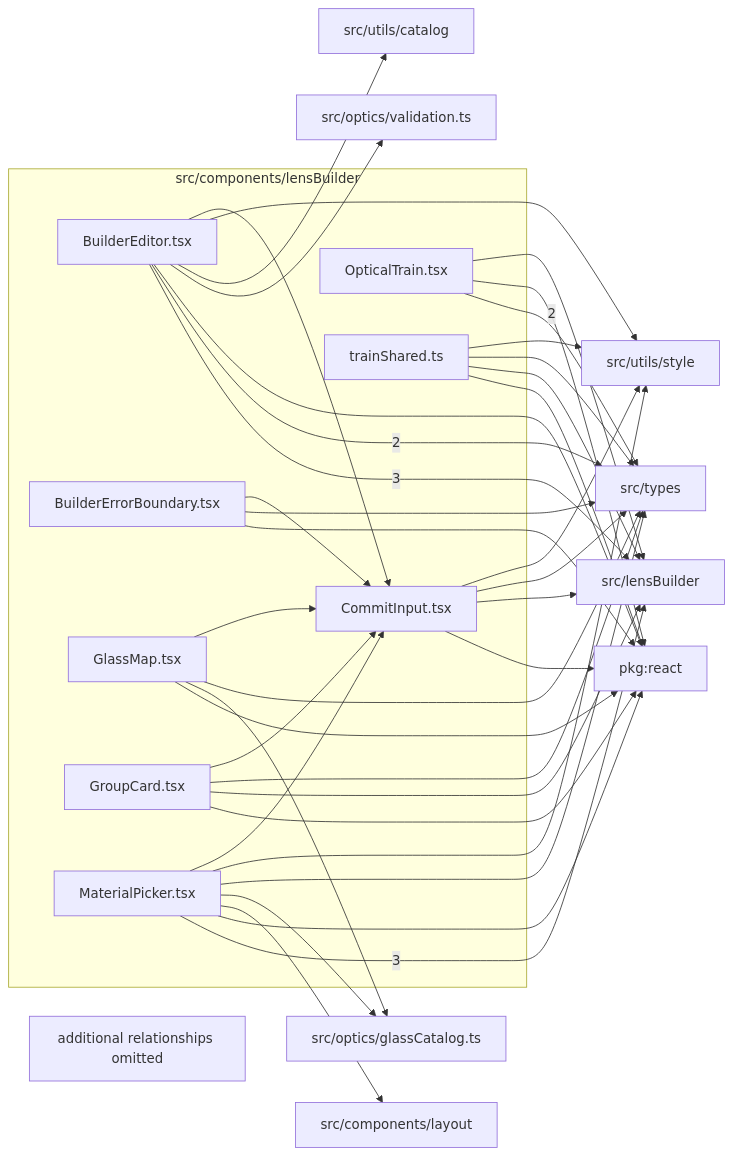
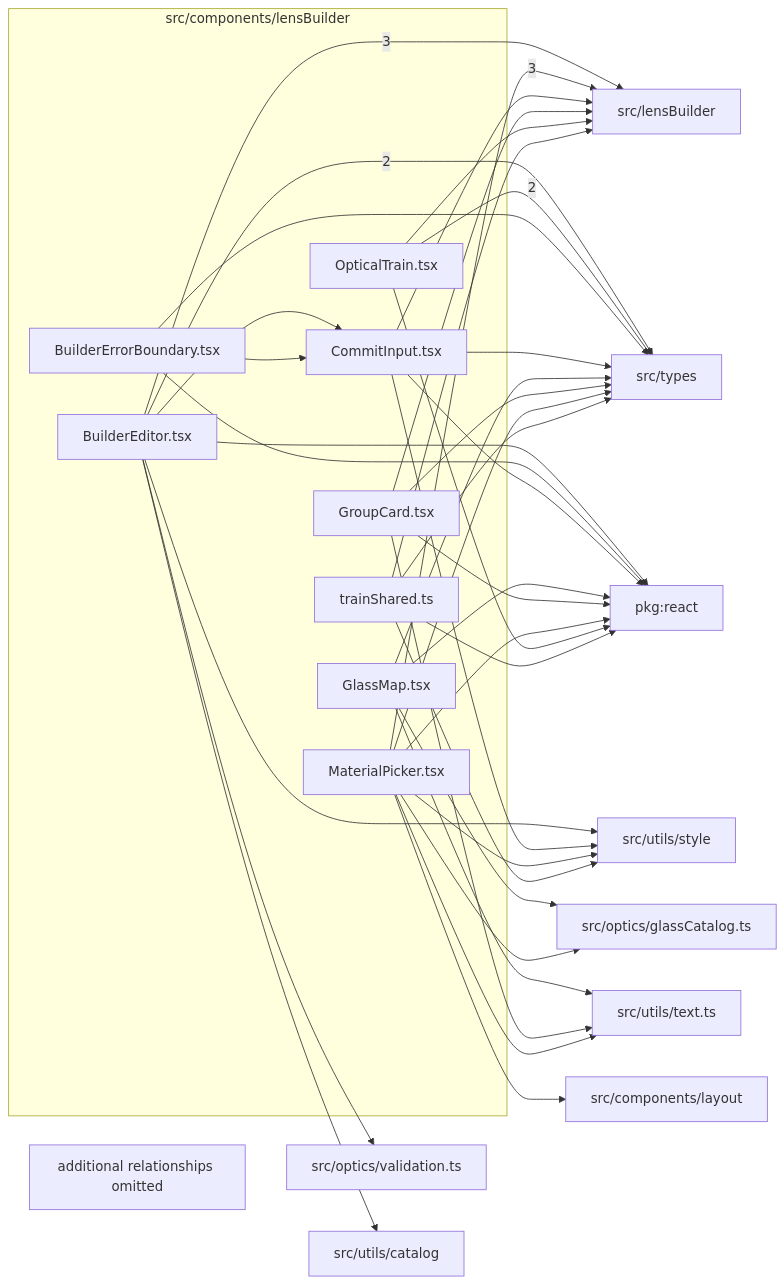
The diagram in src/components/lensBuilder/readme.md (ronbuening/LensVisualizer), drawn with Mermaid before and after one commit. The commit also changed other lines of this file and 134 other files, not shown here.

Commit message:
Fix translated text updates in lens views and analysis drawers (#769)

````diff
--- a/src/components/lensBuilder/readme.md
+++ b/src/components/lensBuilder/readme.md
@@ -9,58 +9,59 @@
 ```mermaid
 flowchart LR
   subgraph n_src_components_lensBuilder["src/components/lensBuilder"]
     n_src_components_lensBuilder_src_components_lensBuilder_BuilderEditor_tsx["BuilderEditor.tsx"]
     n_src_components_lensBuilder_src_components_lensBuilder_BuilderErrorBoundary_tsx["BuilderErrorBoundary.tsx"]
     n_src_components_lensBuilder_src_components_lensBuilder_CommitInput_tsx["CommitInput.tsx"]
     n_src_components_lensBuilder_src_components_lensBuilder_GlassMap_tsx["GlassMap.tsx"]
     n_src_components_lensBuilder_src_components_lensBuilder_GroupCard_tsx["GroupCard.tsx"]
     n_src_components_lensBuilder_src_components_lensBuilder_MaterialPicker_tsx["MaterialPicker.tsx"]
     n_src_components_lensBuilder_src_components_lensBuilder_OpticalTrain_tsx["OpticalTrain.tsx"]
     n_src_components_lensBuilder_src_components_lensBuilder_trainShared_ts["trainShared.ts"]
   end
   n_external_src_lensBuilder["src/lensBuilder"]
   n_external_src_types["src/types"]
   n_external_pkg_react["pkg:react"]
   n_external_src_components_layout["src/components/layout"]
   n_external_src_optics_glassCatalog_ts["src/optics/glassCatalog.ts"]
   n_external_src_optics_validation_ts["src/optics/validation.ts"]
   n_external_src_utils_catalog["src/utils/catalog"]
   n_external_src_utils_style["src/utils/style"]
+  n_external_src_utils_text_ts["src/utils/text.ts"]
   n_src_components_lensBuilder_src_components_lensBuilder_BuilderEditor_tsx --> |3| n_external_src_lensBuilder
   n_src_components_lensBuilder_src_components_lensBuilder_MaterialPicker_tsx --> |3| n_external_src_lensBuilder
   n_src_components_lensBuilder_src_components_lensBuilder_BuilderEditor_tsx --> |2| n_external_src_types
   n_src_components_lensBuilder_src_components_lensBuilder_OpticalTrain_tsx --> |2| n_external_src_types
   n_src_components_lensBuilder_src_components_lensBuilder_BuilderEditor_tsx --> n_external_pkg_react
   n_src_components_lensBuilder_src_components_lensBuilder_BuilderErrorBoundary_tsx --> n_external_pkg_react
   n_src_components_lensBuilder_src_components_lensBuilder_CommitInput_tsx --> n_external_pkg_react
   n_src_components_lensBuilder_src_components_lensBuilder_GlassMap_tsx --> n_external_pkg_react
   n_src_components_lensBuilder_src_components_lensBuilder_GroupCard_tsx --> n_external_pkg_react
   n_src_components_lensBuilder_src_components_lensBuilder_MaterialPicker_tsx --> n_external_pkg_react
   n_src_components_lensBuilder_src_components_lensBuilder_OpticalTrain_tsx --> n_external_pkg_react
   n_src_components_lensBuilder_src_components_lensBuilder_trainShared_ts --> n_external_pkg_react
   n_src_components_lensBuilder_src_components_lensBuilder_MaterialPicker_tsx --> n_external_src_components_layout
   n_src_components_lensBuilder_src_components_lensBuilder_CommitInput_tsx --> n_external_src_lensBuilder
   n_src_components_lensBuilder_src_components_lensBuilder_GroupCard_tsx --> n_external_src_lensBuilder
   n_src_components_lensBuilder_src_components_lensBuilder_OpticalTrain_tsx --> n_external_src_lensBuilder
   n_src_components_lensBuilder_src_components_lensBuilder_trainShared_ts --> n_external_src_lensBuilder
   n_src_components_lensBuilder_src_components_lensBuilder_GlassMap_tsx --> n_external_src_optics_glassCatalog_ts
   n_src_components_lensBuilder_src_components_lensBuilder_MaterialPicker_tsx --> n_external_src_optics_glassCatalog_ts
   n_src_components_lensBuilder_src_components_lensBuilder_BuilderEditor_tsx --> n_external_src_optics_validation_ts
   n_src_components_lensBuilder_src_components_lensBuilder_BuilderErrorBoundary_tsx --> n_external_src_types
   n_src_components_lensBuilder_src_components_lensBuilder_CommitInput_tsx --> n_external_src_types
   n_src_components_lensBuilder_src_components_lensBuilder_GlassMap_tsx --> n_external_src_types
   n_src_components_lensBuilder_src_components_lensBuilder_GroupCard_tsx --> n_external_src_types
   n_src_components_lensBuilder_src_components_lensBuilder_MaterialPicker_tsx --> n_external_src_types
   n_src_components_lensBuilder_src_components_lensBuilder_trainShared_ts --> n_external_src_types
   n_src_components_lensBuilder_src_components_lensBuilder_BuilderEditor_tsx --> n_external_src_utils_catalog
   n_src_components_lensBuilder_src_components_lensBuilder_BuilderEditor_tsx --> n_external_src_utils_style
   n_src_components_lensBuilder_src_components_lensBuilder_CommitInput_tsx --> n_external_src_utils_style
   n_src_components_lensBuilder_src_components_lensBuilder_MaterialPicker_tsx --> n_external_src_utils_style
   n_src_components_lensBuilder_src_components_lensBuilder_trainShared_ts --> n_external_src_utils_style
+  n_src_components_lensBuilder_src_components_lensBuilder_GlassMap_tsx --> n_external_src_utils_text_ts
+  n_src_components_lensBuilder_src_components_lensBuilder_GroupCard_tsx --> n_external_src_utils_text_ts
+  n_src_components_lensBuilder_src_components_lensBuilder_MaterialPicker_tsx --> n_external_src_utils_text_ts
   n_src_components_lensBuilder_src_components_lensBuilder_BuilderEditor_tsx --> n_src_components_lensBuilder_src_components_lensBuilder_CommitInput_tsx
   n_src_components_lensBuilder_src_components_lensBuilder_BuilderErrorBoundary_tsx --> n_src_components_lensBuilder_src_components_lensBuilder_CommitInput_tsx
-  n_src_components_lensBuilder_src_components_lensBuilder_GlassMap_tsx --> n_src_components_lensBuilder_src_components_lensBuilder_CommitInput_tsx
-  n_src_components_lensBuilder_src_components_lensBuilder_GroupCard_tsx --> n_src_components_lensBuilder_src_components_lensBuilder_CommitInput_tsx
-  n_src_components_lensBuilder_src_components_lensBuilder_MaterialPicker_tsx --> n_src_components_lensBuilder_src_components_lensBuilder_CommitInput_tsx
   n_src_components_lensBuilder_truncated["additional relationships omitted"]
 ```
````
